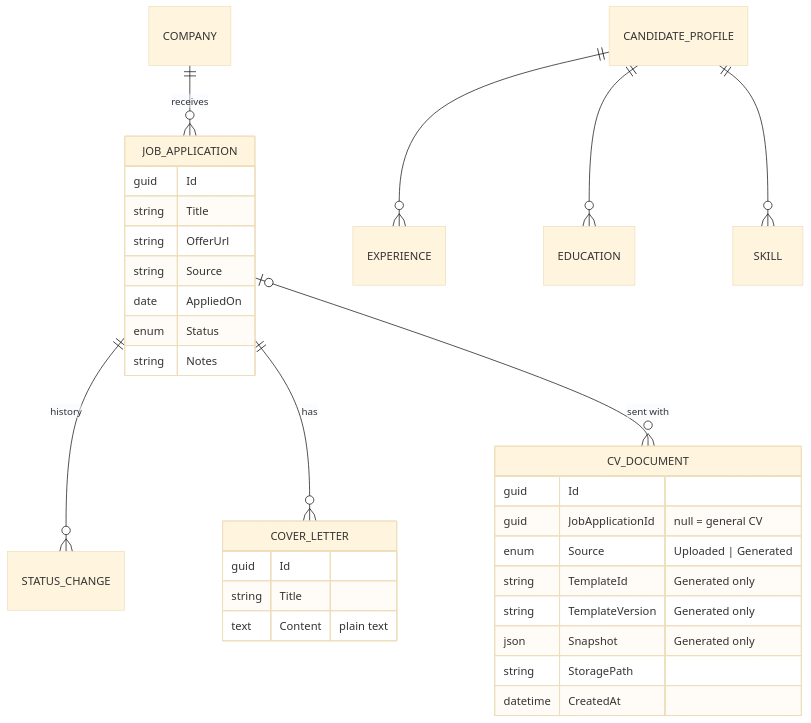
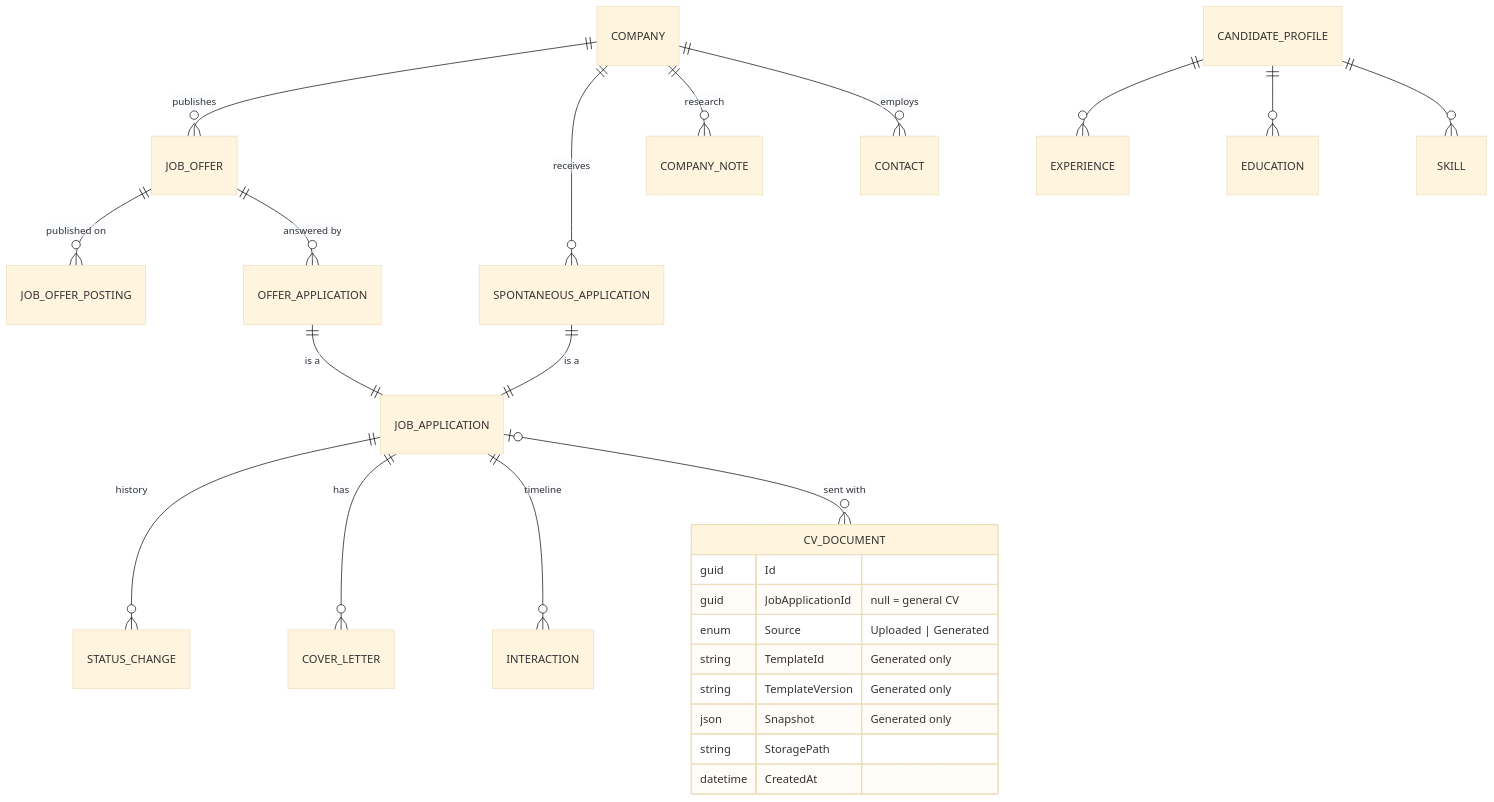
One commit to Kevin-HESSE/Ambio changed the second of 3 diagrams in docs/architecture.md. Above: the diagram before and after it, drawn with Mermaid (base theme). The commit also changed other lines of this file and 10 other files, not shown here.

````diff
--- a/docs/architecture.md
+++ b/docs/architecture.md
@@ -58,35 +59,29 @@
 ```mermaid
 erDiagram
-    COMPANY ||--o{ JOB_APPLICATION : "receives"
+    COMPANY ||--o{ JOB_OFFER : "publishes"
+    COMPANY ||--o{ SPONTANEOUS_APPLICATION : "receives"
+    COMPANY ||--o{ COMPANY_NOTE : "research"
+    COMPANY ||--o{ CONTACT : "employs"
+    JOB_OFFER ||--o{ JOB_OFFER_POSTING : "published on"
+    JOB_OFFER ||--o{ OFFER_APPLICATION : "answered by"
+    OFFER_APPLICATION ||--|| JOB_APPLICATION : "is a"
+    SPONTANEOUS_APPLICATION ||--|| JOB_APPLICATION : "is a"
     JOB_APPLICATION ||--o{ STATUS_CHANGE : "history"
     JOB_APPLICATION ||--o{ COVER_LETTER : "has"
+    JOB_APPLICATION ||--o{ INTERACTION : "timeline"
     JOB_APPLICATION |o--o{ CV_DOCUMENT : "sent with"
     CANDIDATE_PROFILE ||--o{ EXPERIENCE : ""
     CANDIDATE_PROFILE ||--o{ EDUCATION : ""
     CANDIDATE_PROFILE ||--o{ SKILL : ""
 
-    JOB_APPLICATION {
-        guid Id
-        string Title
-        string OfferUrl
-        string Source
-        date AppliedOn
-        enum Status
-        string Notes
-    }
-    COVER_LETTER {
-        guid Id
-        string Title
-        text Content "plain text"
-    }
     CV_DOCUMENT {
         guid Id
         guid JobApplicationId "null = general CV"
         enum Source "Uploaded | Generated"
         string TemplateId "Generated only"
         string TemplateVersion "Generated only"
         json Snapshot "Generated only"
         string StoragePath
         datetime CreatedAt
     }
 ```
````
